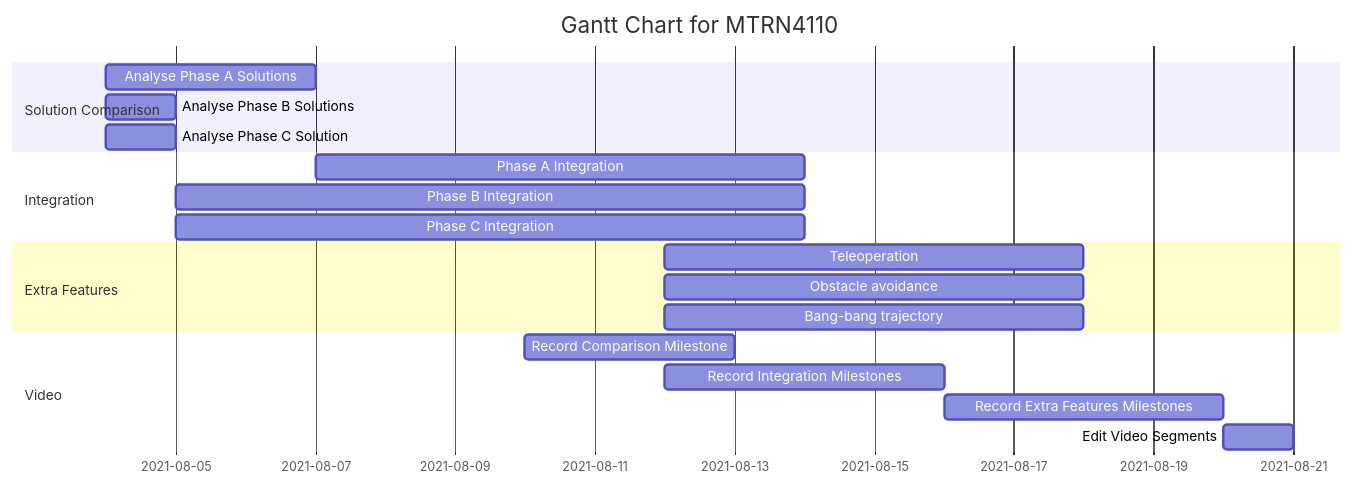
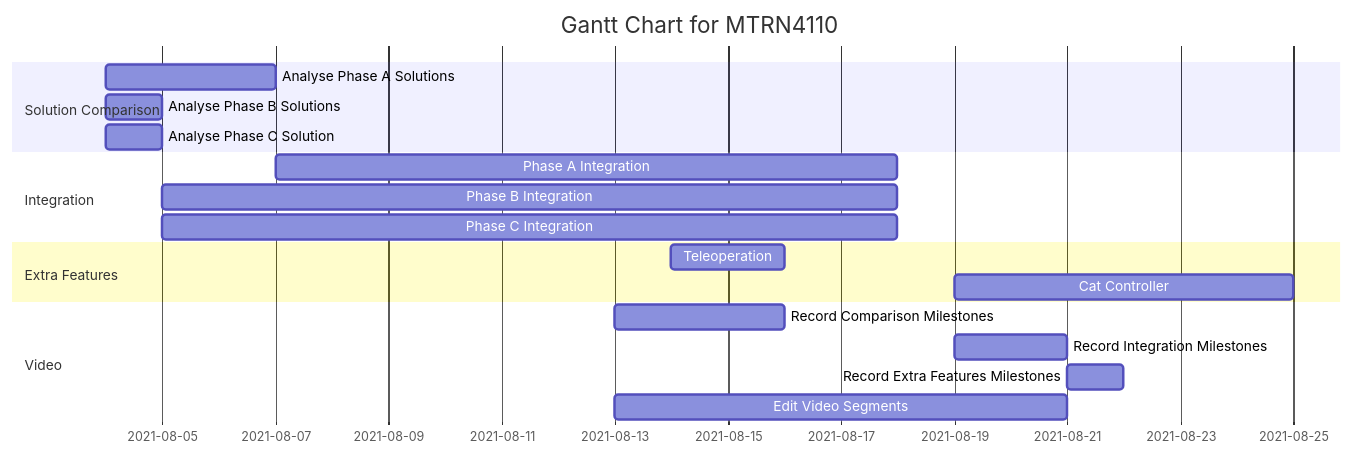
The diagram in README.md (dennuguyen/mtrn4110-proj), drawn with Mermaid before and after one commit.

````diff
--- a/README.md
+++ b/README.md
@@ -7,25 +7,24 @@
 ```mermaid
 gantt
     title Gantt Chart for MTRN4110
     dateFormat  DD-MM-YYYY
     section Solution Comparison
     Analyse Phase A Solutions       :04-08-2021, 07-08-2021
     Analyse Phase B Solutions       :04-08-2021, 05-08-2021
     Analyse Phase C Solution        :04-08-2021, 05-08-2021
 
     section Integration
-    Phase A Integration             :07-08-2021, 7d
-    Phase B Integration             :05-08-2021, 9d
-    Phase C Integration             :05-08-2021, 9d
+    Phase A Integration             :07-08-2021, 11d
+    Phase B Integration             :05-08-2021, 13d
+    Phase C Integration             :05-08-2021, 13d
 
     section Extra Features
-    Teleoperation              :12-08-2021, 6d
-    Obstacle avoidance         :12-08-2021, 6d
-    Bang-bang trajectory       :12-08-2021, 6d
+    Teleoperation              :14-08-2021, 2d
+    Cat Controller             :19-08-2021, 6d
 
     section Video
-    Record Comparison Milestone           :10-08-2021, 3d
-    Record Integration Milestones         :12-08-2021, 4d
-    Record Extra Features Milestones      :16-08-2021, 4d
-    Edit Video Segments                   :20-08-2021, 1d
+    Record Comparison Milestones          :13-08-2021, 3d
+    Record Integration Milestones         :19-08-2021, 2d
+    Record Extra Features Milestones      :21-08-2021, 1d
+    Edit Video Segments                   :13-08-2021, 8d
 ```
````
